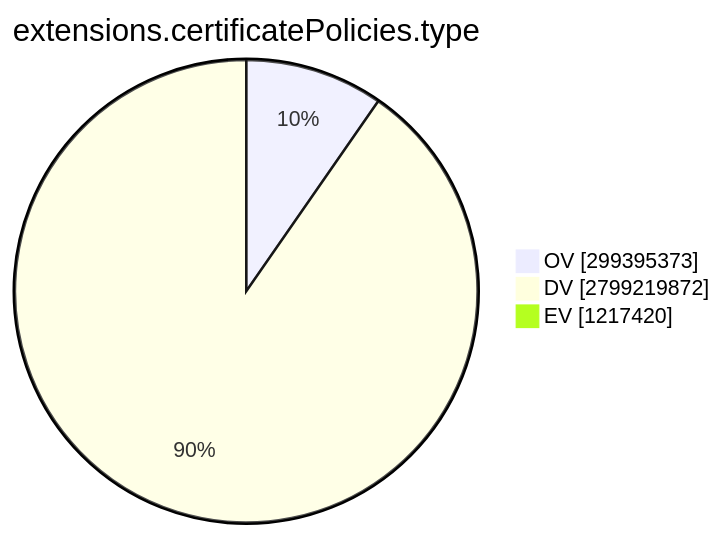
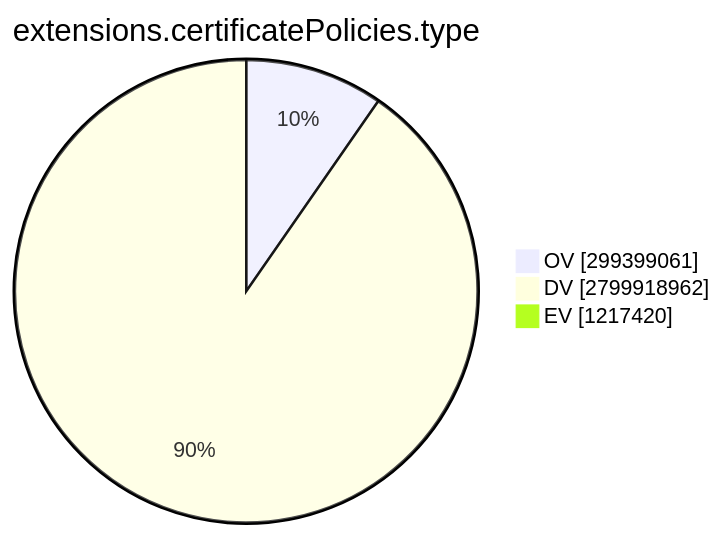
Before and after one commit to christiankrug/ctmonitor_visualization: the ninth of 15 diagrams in TOTAL/README.md, drawn with Mermaid. The commit also changed other lines of this file, not shown here.

````diff
--- a/TOTAL/README.md
+++ b/TOTAL/README.md
@@ -3101,7 +3101,7 @@
 ```mermaid
 pie showData
 title extensions.certificatePolicies.type
-"OV" :299395373
-"DV" :2799219872
+"OV" :299399061
+"DV" :2799918962
 "EV" :1217420
 ```
````
